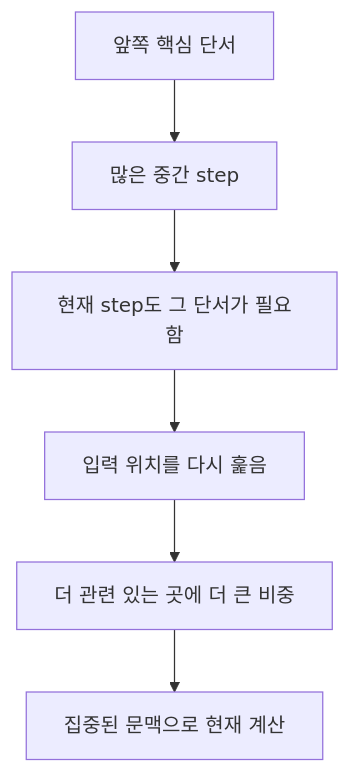
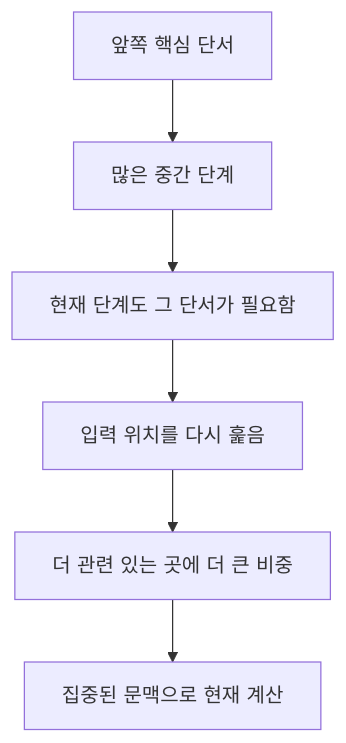
One commit to devchan64/AiBook changed the diagram in docs/assets/part-05/chapter-13/attention-direct-reference-bridge-ko.mmd. Above: the diagram before and after it, drawn with Mermaid. The commit also changed 51 other files, not shown here.

Commit message:
Update Part 5 learning support diagrams and notes

```diff
--- a/docs/assets/part-05/chapter-13/attention-direct-reference-bridge-ko.mmd
+++ b/docs/assets/part-05/chapter-13/attention-direct-reference-bridge-ko.mmd
@@ -1,13 +1,13 @@
 flowchart TD
   A["앞쪽 핵심 단서"]
-  B["많은 중간 step"]
-  C["현재 step도 그 단서가 필요함"]
+  B["많은 중간 단계"]
+  C["현재 단계도 그 단서가 필요함"]
   D["입력 위치를 다시 훑음"]
   E["더 관련 있는 곳에 더 큰 비중"]
   F["집중된 문맥으로 현재 계산"]
 
   A --> B
   B --> C
   C --> D
   D --> E
   E --> F
```
